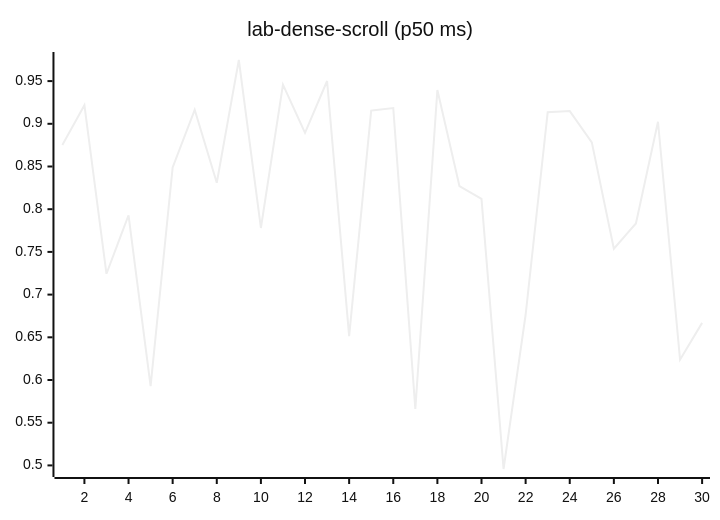
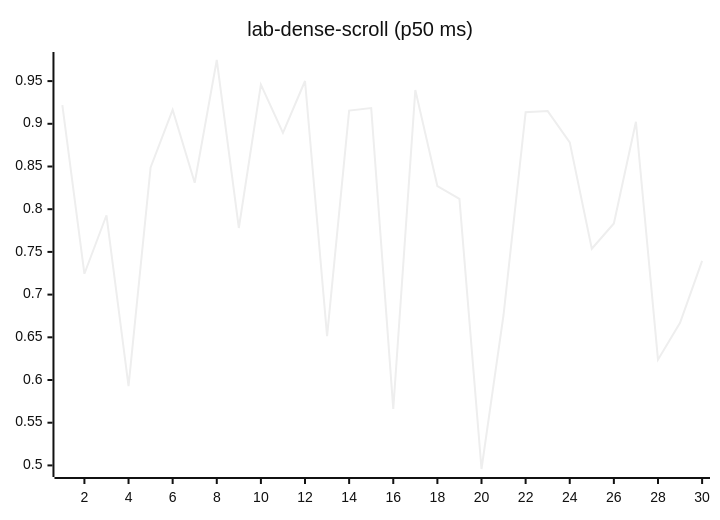
Before and after one commit to josha/Facet: diagram 12 of 27 in README.md, drawn with Mermaid (neutral theme). The commit also changed other lines of this file and 2 other files, not shown here.

````diff
--- a/README.md
+++ b/README.md
@@ -140,6 +140,6 @@
 ```mermaid
 xychart-beta
     title "lab-dense-scroll (p50 ms)"
     x-axis 1 --> 30
-    line [0.8751, 0.9218, 0.7244, 0.7929, 0.5928, 0.8489, 0.9164, 0.8310, 0.9747, 0.7780, 0.9459, 0.8894, 0.9501, 0.6514, 0.9155, 0.9185, 0.5661, 0.9396, 0.8271, 0.8121, 0.4958, 0.6764, 0.9135, 0.9149, 0.8783, 0.7537, 0.7833, 0.9024, 0.6238, 0.6669]
+    line [0.9218, 0.7244, 0.7929, 0.5928, 0.8489, 0.9164, 0.8310, 0.9747, 0.7780, 0.9459, 0.8894, 0.9501, 0.6514, 0.9155, 0.9185, 0.5661, 0.9396, 0.8271, 0.8121, 0.4958, 0.6764, 0.9135, 0.9149, 0.8783, 0.7537, 0.7833, 0.9024, 0.6238, 0.6669, 0.7395]
 ```
````
